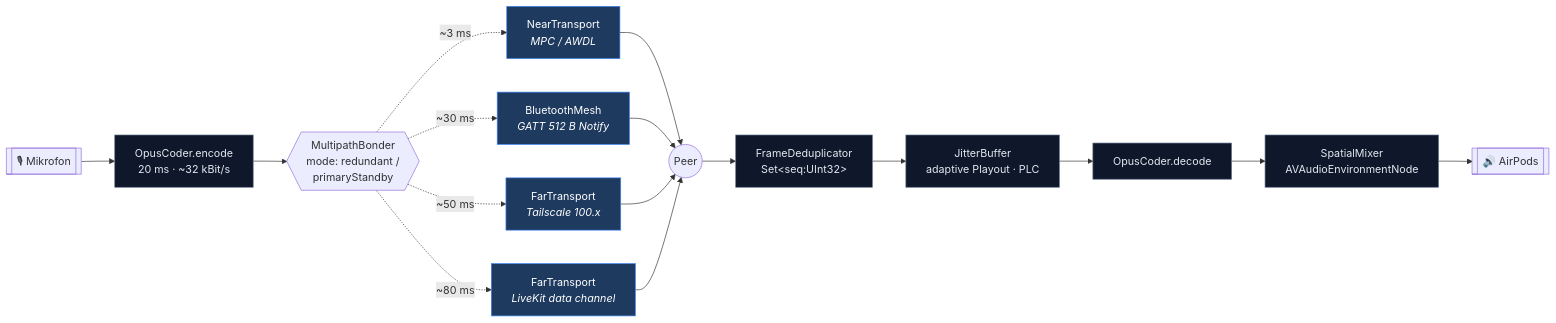
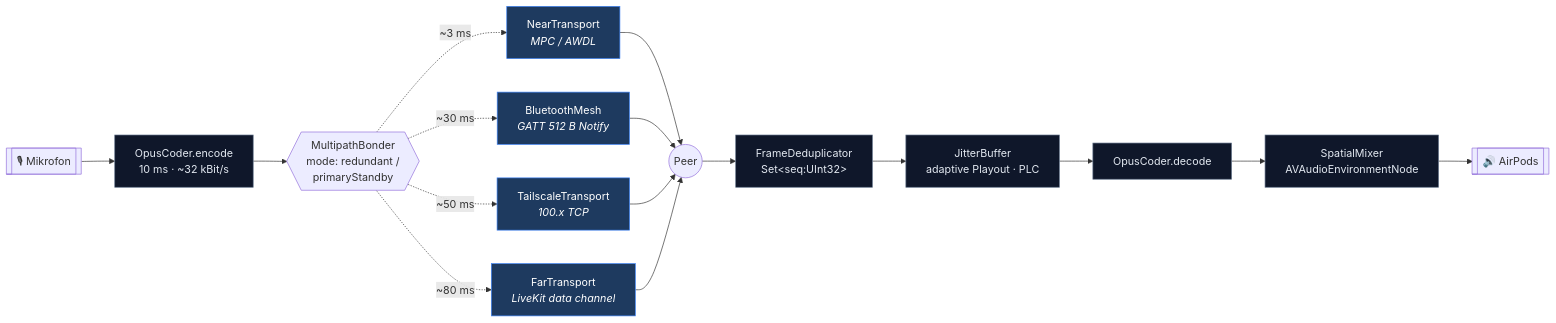
One commit to Martin-Hausleitner/Sonar changed the first of 7 diagrams in README.md. Above: the diagram before and after it, drawn with Mermaid. The commit also changed other lines of this file and 60 other files, not shown here.

````diff
--- a/README.md
+++ b/README.md
@@ -162,23 +162,23 @@
 ```mermaid
 flowchart LR
-    Mic[["🎙 Mikrofon"]] --> Opus["OpusCoder.encode<br/>20 ms · ~32 kBit/s"]
+    Mic[["🎙 Mikrofon"]] --> Opus["OpusCoder.encode<br/>10 ms · ~32 kBit/s"]
     Opus --> Bonder{{"MultipathBonder<br/>mode: redundant /<br/>primaryStandby"}}
 
     Bonder -.->|"~3 ms"| Near["NearTransport<br/><i>MPC / AWDL</i>"]
     Bonder -.->|"~30 ms"| BLE["BluetoothMesh<br/><i>GATT 512 B Notify</i>"]
-    Bonder -.->|"~50 ms"| TS["FarTransport<br/><i>Tailscale 100.x</i>"]
+    Bonder -.->|"~50 ms"| TS["TailscaleTransport<br/><i>100.x TCP</i>"]
     Bonder -.->|"~80 ms"| Far["FarTransport<br/><i>LiveKit data channel</i>"]
 
     Near & BLE & TS & Far --> Peer(("Peer"))
 
     Peer --> Dedup["FrameDeduplicator<br/>Set&lt;seq:UInt32&gt;"]
     Dedup --> Jitter["JitterBuffer<br/>adaptive Playout · PLC"]
     Jitter --> Decode["OpusCoder.decode"]
     Decode --> Spatial["SpatialMixer<br/>AVAudioEnvironmentNode"]
     Spatial --> Out[["🔊 AirPods"]]
 
     classDef path fill:#1e3a5f,stroke:#3b82f6,color:#fff
     classDef proc fill:#0f172a,stroke:#64748b,color:#e2e8f0
     class Near,BLE,TS,Far path
     class Opus,Dedup,Jitter,Decode,Spatial proc
 ```
````
